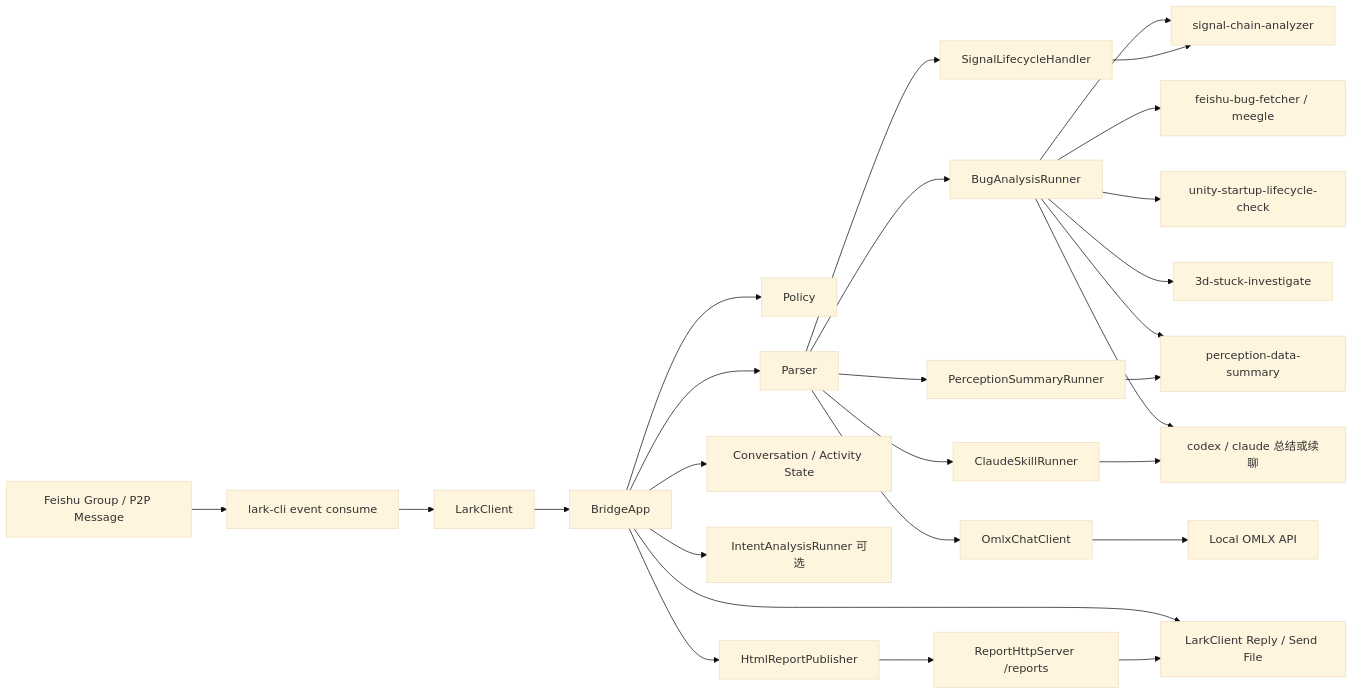
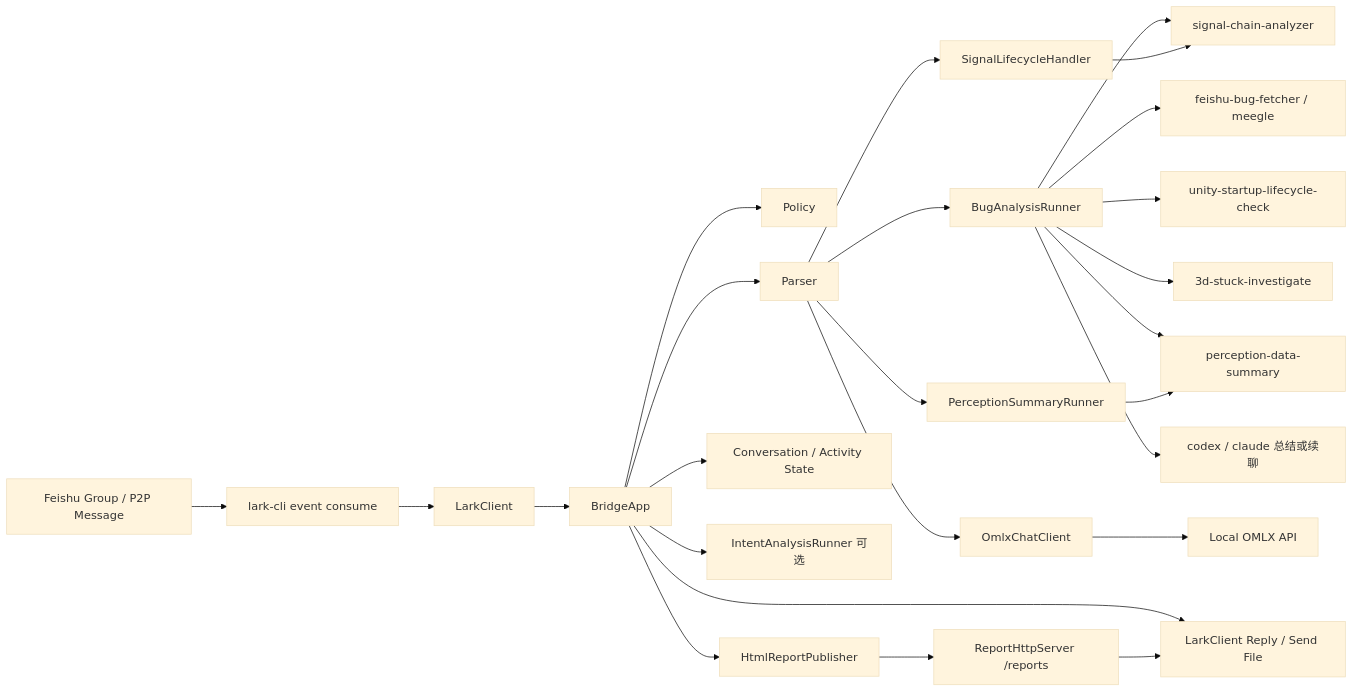
Before and after one commit to zhuyunlong/lark-agent-bridge: the first of 8 diagrams in docs/project-overview-architecture.md, drawn with Mermaid (base theme). The commit also changed other lines of this file and 65 other files, not shown here.

````diff
--- a/docs/project-overview-architecture.md
+++ b/docs/project-overview-architecture.md
@@ -84,34 +82,32 @@
 ```mermaid
 flowchart LR
     A[Feishu Group / P2P Message] --> B[lark-cli event consume]
     B --> C[LarkClient]
     C --> D[BridgeApp]
 
     D --> E[Policy]
     D --> F[Parser]
     D --> G[Conversation / Activity State]
     D --> H[IntentAnalysisRunner 可选]
 
     F --> I[SignalLifecycleHandler]
     F --> J[BugAnalysisRunner]
     F --> K[PerceptionSummaryRunner]
-    F --> L[ClaudeSkillRunner]
     F --> M[OmlxChatClient]
 
     J --> N[feishu-bug-fetcher / meegle]
     J --> O[unity-startup-lifecycle-check]
     J --> P[3d-stuck-investigate]
     J --> Q[signal-chain-analyzer]
     J --> R[perception-data-summary]
     J --> S[codex / claude 总结或续聊]
 
     I --> Q
     K --> R
-    L --> S
     M --> T[Local OMLX API]
 
     D --> U[HtmlReportPublisher]
     U --> V[ReportHttpServer /reports]
     D --> W[LarkClient Reply / Send File]
     V --> W
 ```
````
